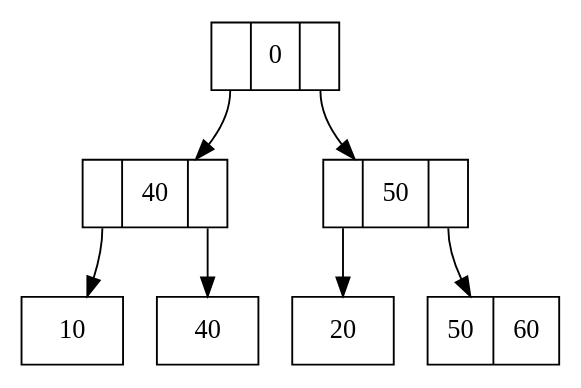
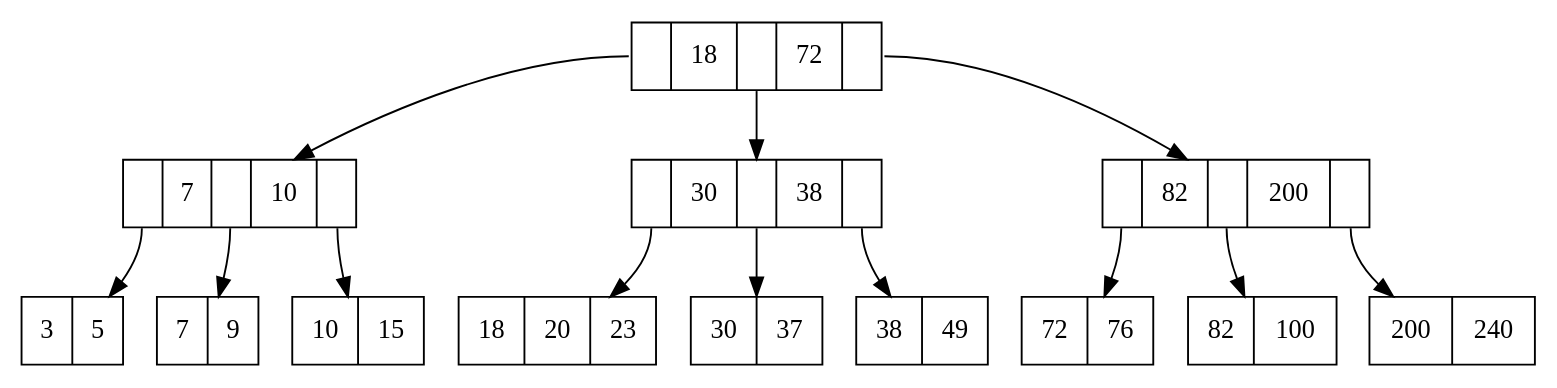
The diagram in tree.dot (shuchenku/BplusTree), drawn with Graphviz before and after one commit. The commit also changed 3 other files, not shown here.

```diff
--- a/tree.dot
+++ b/tree.dot
@@ -1,16 +1,28 @@
 digraph btree {
-n7:pn3 -> n3
+n8:pn3 -> n3
 n3:pn1 -> n1
-n1 [shape=record, label="10"];
-n3:pn2 -> n2
-n2 [shape=record, label="40"];
-n3 [shape=record, label="<pn1>|40|<pn2>"];
-n7:pn10 -> n10
-n10:pn8 -> n8
-n8 [shape=record, label="20"];
-n10:pn4 -> n4
-n4 [shape=record, label="50|60"];
-n10 [shape=record, label="<pn8>|50|<pn4>"];
-n7 [shape=record, label="<pn3>|0|<pn10>"];
+n1 [shape=record, label="3|5"];
+n3:pn6 -> n6
+n6 [shape=record, label="7|9"];
+n3:pn4 -> n4
+n4 [shape=record, label="10|15"];
+n3 [shape=record, label="<pn1>|7|<pn6>|10|<pn4>"];
+n8:pn7 -> n7
+n7:pn2 -> n2
+n2 [shape=record, label="18|20|23"];
+n7:pn5 -> n5
+n5 [shape=record, label="30|37"];
+n7:pn9 -> n9
+n9 [shape=record, label="38|49"];
+n7 [shape=record, label="<pn2>|30|<pn5>|38|<pn9>"];
+n8:pn12 -> n12
+n12:pn10 -> n10
+n10 [shape=record, label="72|76"];
+n12:pn11 -> n11
+n11 [shape=record, label="82|100"];
+n12:pn13 -> n13
+n13 [shape=record, label="200|240"];
+n12 [shape=record, label="<pn10>|82|<pn11>|200|<pn13>"];
+n8 [shape=record, label="<pn3>|18|<pn7>|72|<pn12>"];
 
 }
```
